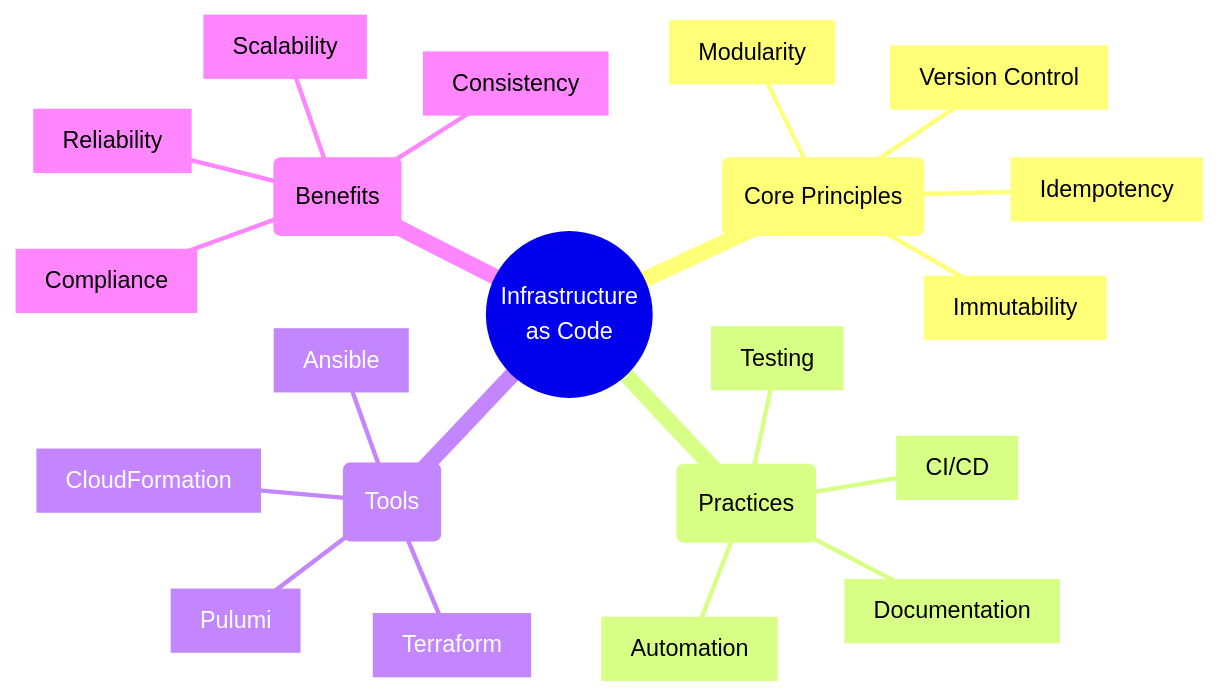
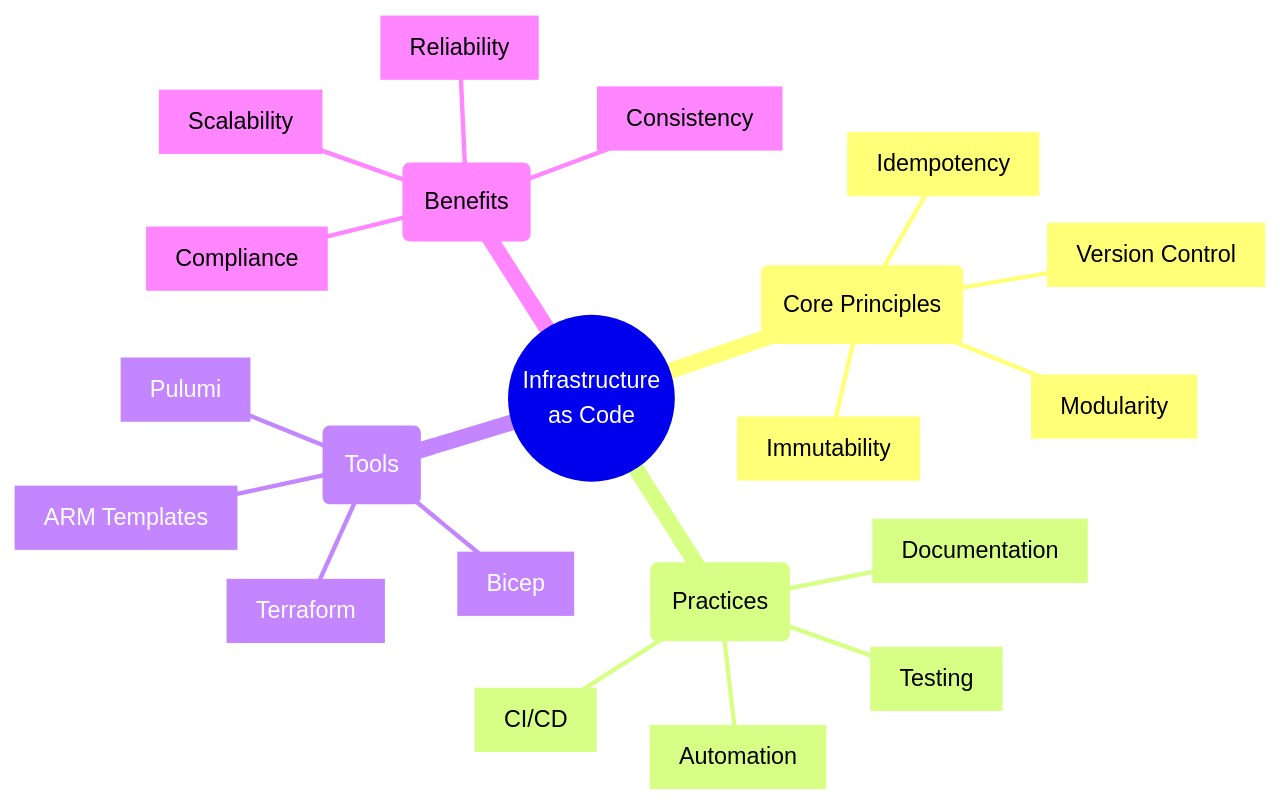
One commit to saravanakumarrc/Architecture_Journey changed the first of 4 diagrams in src/Infrastructure_as_Code_Principles.md. Above: the diagram before and after it, drawn with Mermaid. The commit also changed other lines of this file and 2 other files, not shown here.

Commit message:
Add comprehensive documentation for Service Discovery Patterns, including core patterns, comparison matrix, architectural decision framework, health check patterns, integration strategies, and operational considerations.

````diff
--- a/src/Infrastructure_as_Code_Principles.md
+++ b/src/Infrastructure_as_Code_Principles.md
@@ -3,25 +3,25 @@
 ```mermaid
 mindmap
     root((Infrastructure
         as Code))
         (Core Principles)
             [Idempotency]
             [Immutability]
             [Version Control]
             [Modularity]
         (Practices)
             [Automation]
             [Testing]
             [Documentation]
             [CI/CD]
         (Tools)
             [Terraform]
-            [CloudFormation]
-            [Ansible]
+            [Bicep]
+            [ARM Templates]
             [Pulumi]
         (Benefits)
             [Consistency]
             [Scalability]
             [Reliability]
             [Compliance]
 ```
````
